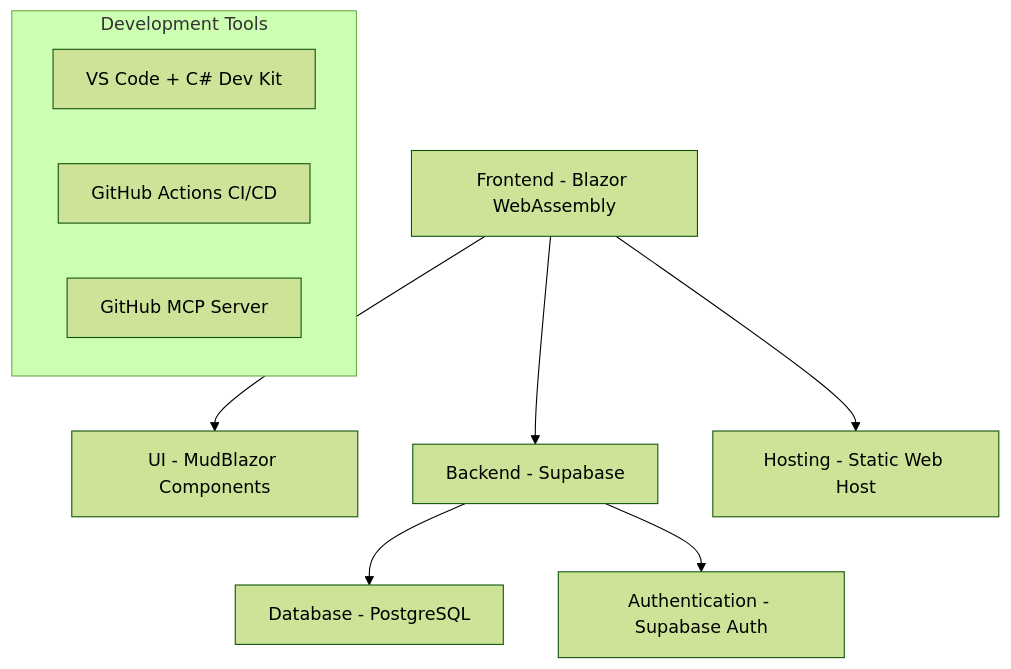
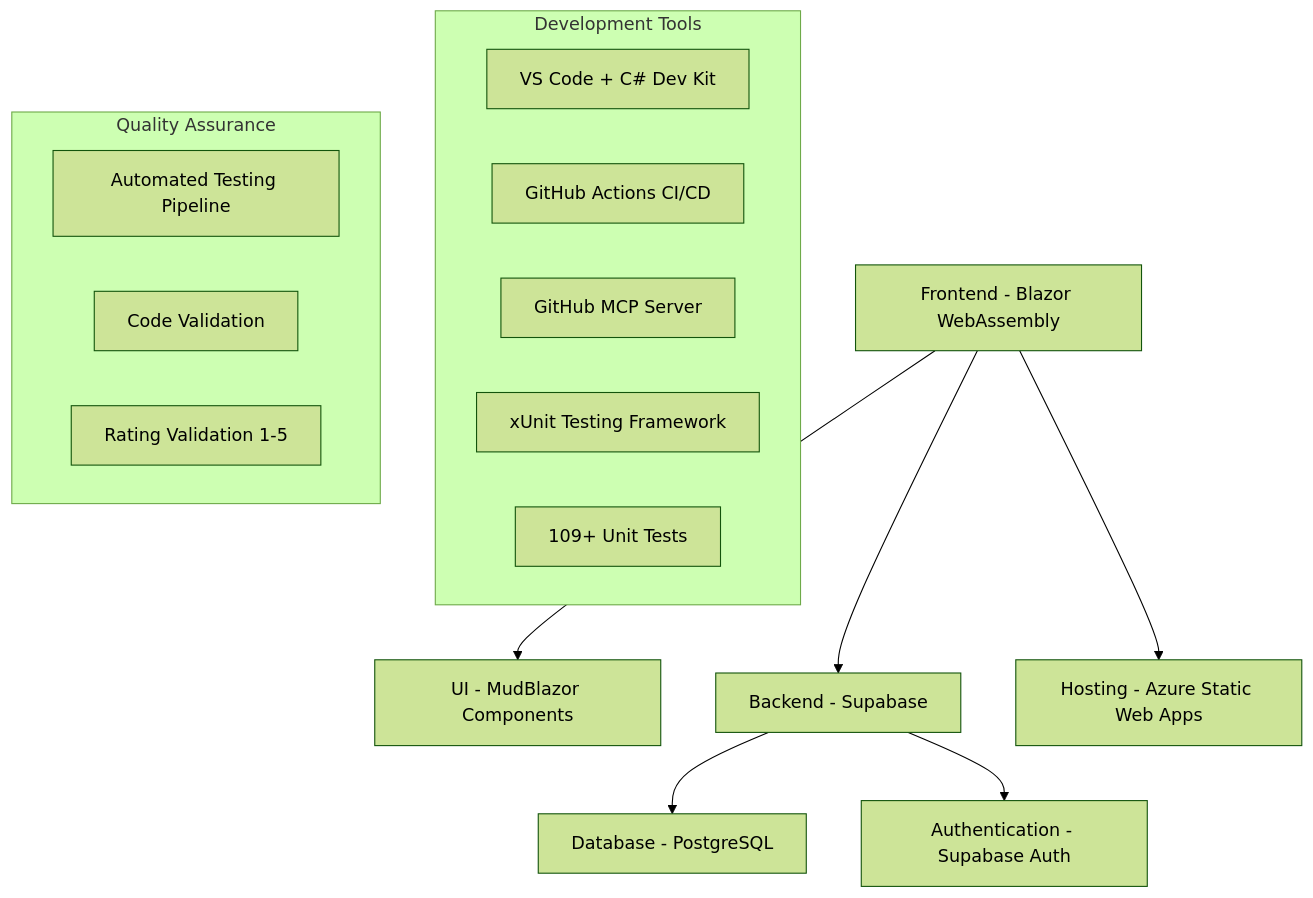
The first of 4 diagrams in docs/README.md (mongeon/RecettesIndex), drawn with Mermaid (forest theme) before and after one commit. The commit also changed other lines of this file and 4 other files, not shown here.

First line of the commit message:
docs: Update comprehensive documentation for testing infrastructure and validation

````diff
--- a/docs/README.md
+++ b/docs/README.md
@@ -29,14 +29,22 @@
 ```mermaid
 graph TB
     A[Frontend - Blazor WebAssembly] --> B[UI - MudBlazor Components]
     A --> C[Backend - Supabase]
     C --> D[Database - PostgreSQL]
     C --> E[Authentication - Supabase Auth]
-    A --> F[Hosting - Static Web Host]
+    A --> F[Hosting - Azure Static Web Apps]
     
     subgraph "Development Tools"
         G[VS Code + C# Dev Kit]
         H[GitHub Actions CI/CD]
         I[GitHub MCP Server]
+        J[xUnit Testing Framework]
+        K[109+ Unit Tests]
+    end
+    
+    subgraph "Quality Assurance"
+        L[Automated Testing Pipeline]
+        M[Code Validation]
+        N[Rating Validation 1-5]
     end
 ```
````
